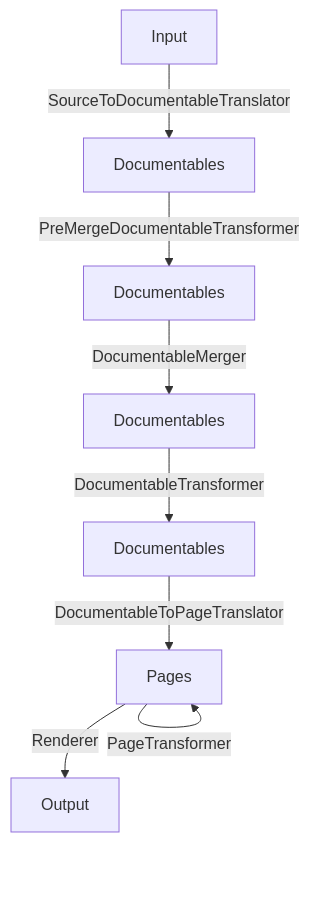
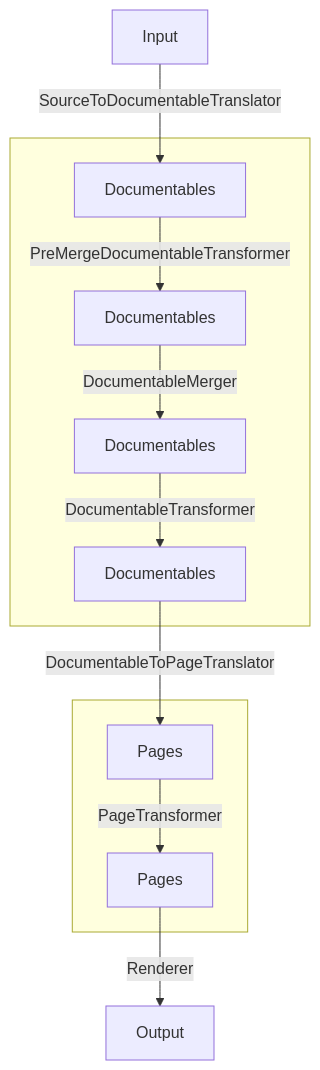
One commit to Kotlin/dokka changed the diagram in docs/src/doc/docs/developer_guide/architecture/extension_points/core_extensions.md. Above: the diagram before and after it, drawn with Mermaid. The commit also changed 6 other files, not shown here.

Commit message:
Proofread one last time and correct documentables flowchart

````diff
--- a/docs/src/doc/docs/developer_guide/architecture/extension_points/core_extensions.md
+++ b/docs/src/doc/docs/developer_guide/architecture/extension_points/core_extensions.md
@@ -61,11 +61,14 @@
 ```mermaid
 flowchart TD
-    Input -- SourceToDocumentableTranslator --> 
-    docFirst[Documentables] -- PreMergeDocumentableTransformer --> 
-    docSecond[Documentables] -- DocumentableMerger --> 
-    docThird[Documentables] -- DocumentableTransformer --> 
-    docFourth[Documentables] -- DocumentableToPageTranslator --> 
-    Pages -- PageTransformer --> 
-    Pages -- Renderer --> 
-    Output
+    Input -- SourceToDocumentableTranslator --> doc1[Documentables]
+    subgraph documentables [ ]
+    doc1 -- PreMergeDocumentableTransformer --> doc2[Documentables]
+    doc2 -- DocumentableMerger --> doc3[Documentables]
+    doc3 -- DocumentableTransformer --> doc4[Documentables]
+    end
+    doc4 -- DocumentableToPageTranslator --> page1[Pages]
+    subgraph ide2 [ ]
+    page1 -- PageTransformer --> page2[Pages]
+    end
+    page2 -- Renderer --> Output
 ```
````
